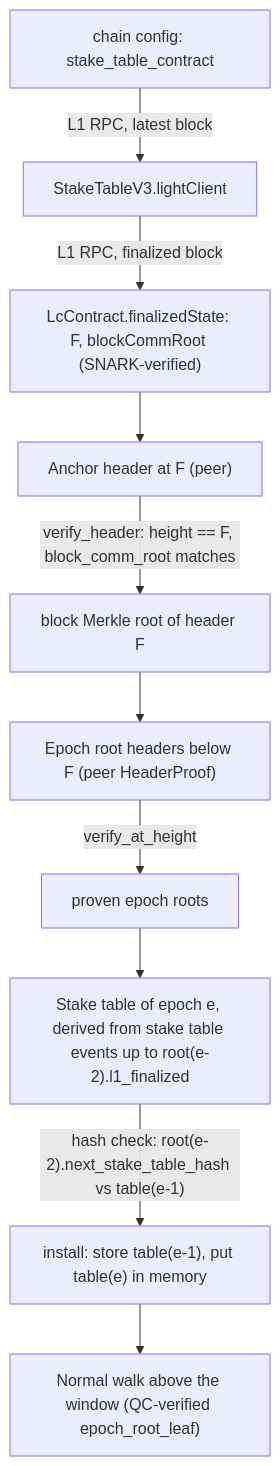
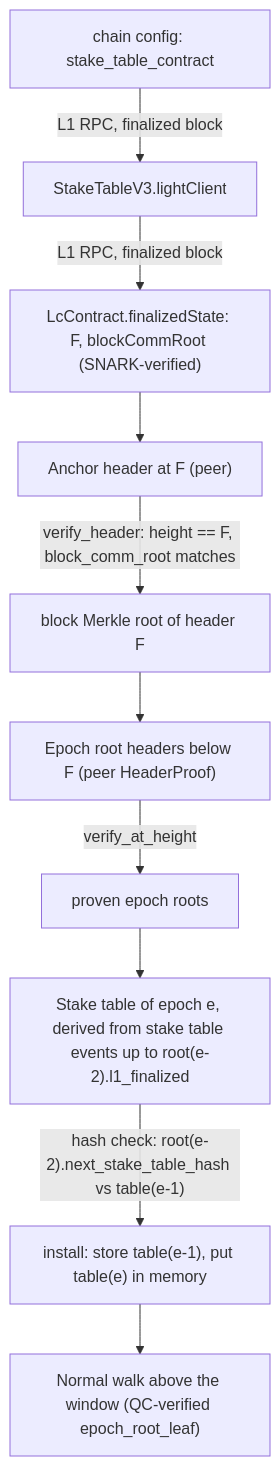
One commit to EspressoSystems/espresso-network changed the diagram in doc/stake-table-catchup-trust-chain.md. Above: the diagram before and after it, drawn with Mermaid. The commit also changed other lines of this file and 1 other file, not shown here.

First line of the commit message:
fix(types): read the LC contract address at the finalized block

````diff
--- a/doc/stake-table-catchup-trust-chain.md
+++ b/doc/stake-table-catchup-trust-chain.md
@@ -20,12 +19,12 @@
 ```mermaid
 flowchart TD
-    CC[chain config: stake_table_contract] -->|L1 RPC, latest block| ST[StakeTableV3.lightClient]
+    CC[chain config: stake_table_contract] -->|L1 RPC, finalized block| ST[StakeTableV3.lightClient]
     ST -->|L1 RPC, finalized block| LC["LcContract.finalizedState: F, blockCommRoot (SNARK-verified)"]
     LC --> A["Anchor header at F (peer)"]
     A -->|"verify_header: height == F, block_comm_root matches"| AR[block Merkle root of header F]
     AR --> P["Epoch root headers below F (peer HeaderProof)"]
     P -->|verify_at_height| R[proven epoch roots]
     R --> T["Stake table of epoch e, derived from stake table events up to root(e-2).l1_finalized"]
     T -->|"hash check: root(e-2).next_stake_table_hash vs table(e-1)"| I["install: store table(e-1), put table(e) in memory"]
     I --> W["Normal walk above the window (QC-verified epoch_root_leaf)"]
 ```
````
